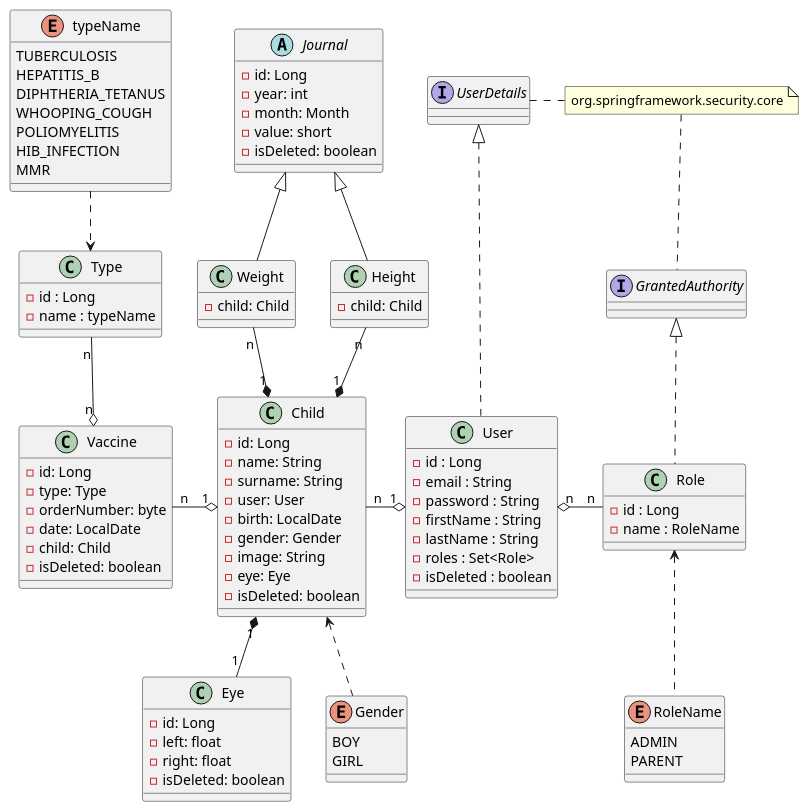
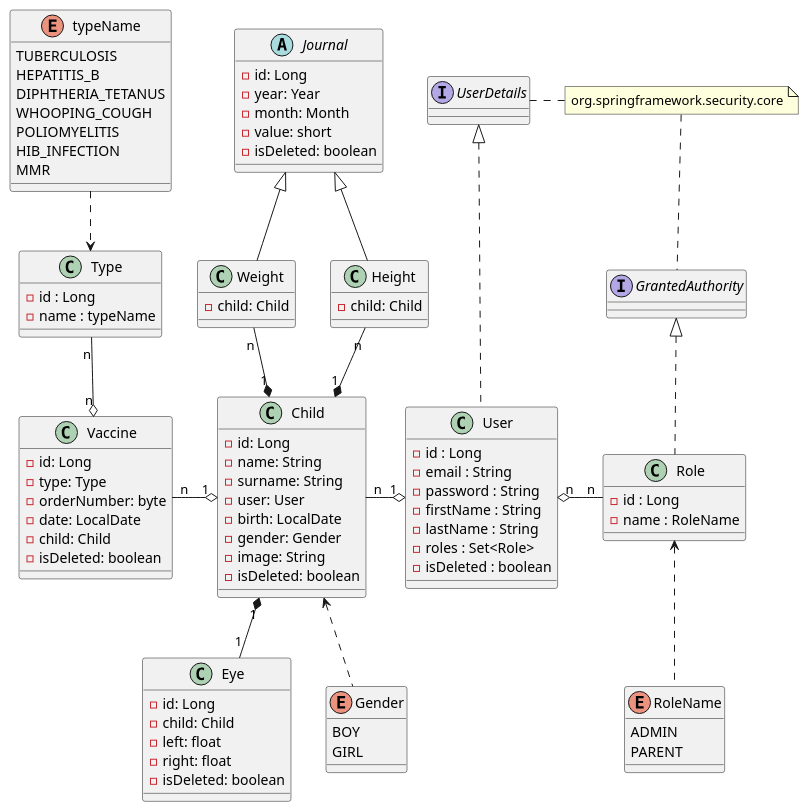
One commit to fe-july-91/kidti changed the diagram in modelUML.puml. Above: the diagram before and after it, drawn with PlantUML. The commit also changed 10 other files, not shown here.

```diff
--- a/modelUML.puml
+++ b/modelUML.puml
@@ -1,111 +1,111 @@
 @startuml
 'https://plantuml.com/class-diagram
 
 interface UserDetails
 interface GrantedAuthority
 
 class User {
 - id : Long
 - email : String
 - password : String
 - firstName : String
 - lastName : String
 - roles : Set<Role>
 - isDeleted : boolean
 }
 
 class Role {
 - id : Long
 - name : RoleName
 }
 
 enum RoleName {
 ADMIN
 PARENT
 }
 
 class Child {
 - id: Long
 - name: String
 - surname: String
 - user: User
 - birth: LocalDate
 - gender: Gender
 - image: String
-- eye: Eye
 - isDeleted: boolean
 }
 
 class Eye {
 - id: Long
+- child: Child
 - left: float
 - right: float
 - isDeleted: boolean
 }
 
 enum Gender {
 BOY
 GIRL
 }
 
 abstract class Journal {
 - id: Long
-- year: int
+- year: Year
 - month: Month
 - value: short
 - isDeleted: boolean
 }
 
 class Weight {
 - child: Child
 }
 
 class Height {
 - child: Child
 }
 
 class Type {
 - id : Long
 - name : typeName
 }
 
 enum typeName {
 TUBERCULOSIS
 HEPATITIS_B
 DIPHTHERIA_TETANUS
 WHOOPING_COUGH
 POLIOMYELITIS
 HIB_INFECTION
 MMR
 }
 
 class Vaccine {
 - id: Long
 - type: Type
 - orderNumber: byte
 - date: LocalDate
 - child: Child
 - isDeleted: boolean
 }
 
 Journal <|-- Weight
 Journal <|-- Height
 Weight "n" --* "1" Child
 Height "n" --* "1" Child
 Type "n" --o "n" Vaccine
 Vaccine "n" -o "1" Child
 Child "1" *-- "1" Eye
 Child "n" -o "1" User
 User "n" o- "n" Role
 UserDetails <|.. User
 GrantedAuthority <|.. Role
 
 note "org.springframework.security.core" as MyNote
 MyNote .. GrantedAuthority
 UserDetails . MyNote
 
 Role <.. RoleName
 typeName ..>Type
 Child <..Gender
 
 @enduml
```
